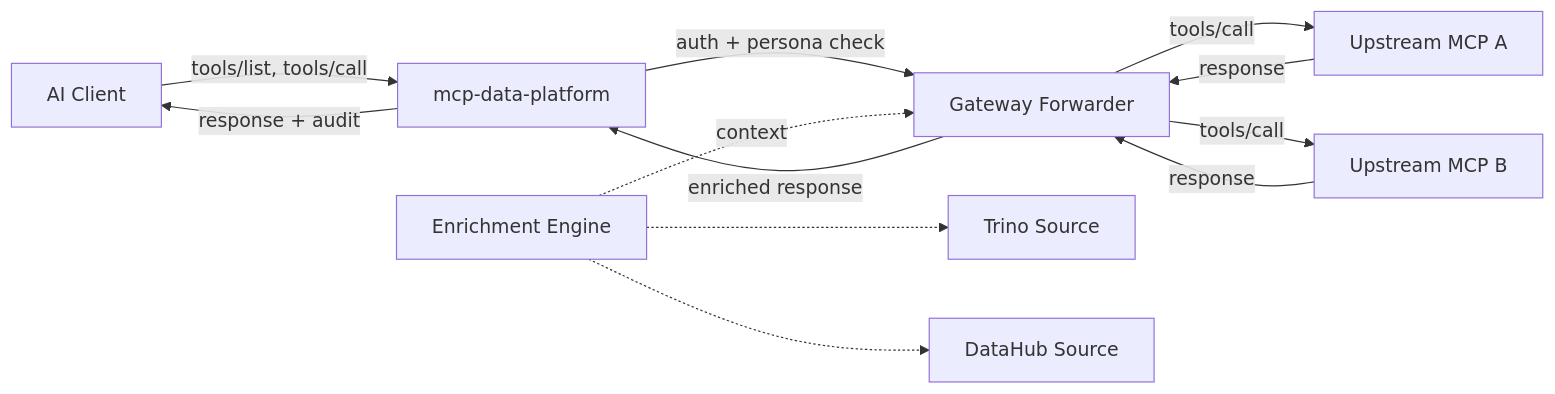
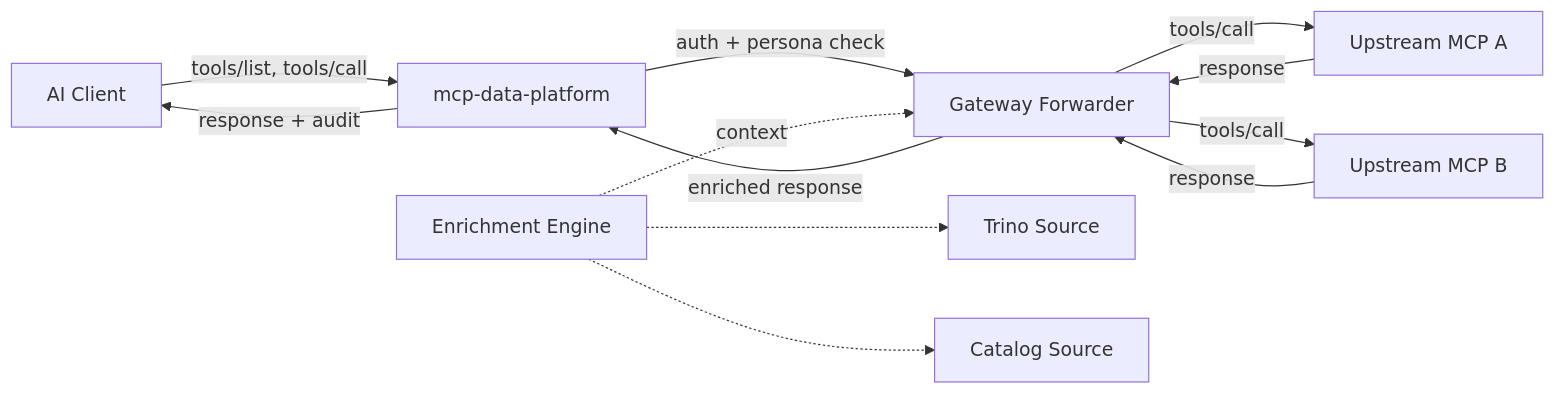
One commit to txn2/mcp-data-platform changed the diagram in docs/server/gateway.md. Above: the diagram before and after it, drawn with Mermaid. The commit also changed other lines of this file and 746 other files, not shown here.

First line of the commit message:
feat(catalog): portal catalog, search/fetch reads, DataHub removed (#1916) (#2123)

````diff
--- a/docs/server/gateway.md
+++ b/docs/server/gateway.md
@@ -10,15 +10,15 @@
 ```mermaid
 graph LR
     Client[AI Client] -->|tools/list, tools/call| Platform[mcp-data-platform]
     Platform -->|auth + persona check| Forwarder[Gateway Forwarder]
     Forwarder -->|tools/call| Upstream1[Upstream MCP A]
     Forwarder -->|tools/call| Upstream2[Upstream MCP B]
     Upstream1 -->|response| Forwarder
     Upstream2 -->|response| Forwarder
     Forwarder -->|enriched response| Platform
     Platform -->|response + audit| Client
 
     EnrichmentEngine[Enrichment Engine] -.->|context| Forwarder
     EnrichmentEngine -.-> TrinoSrc[Trino Source]
-    EnrichmentEngine -.-> DataHubSrc[DataHub Source]
+    EnrichmentEngine -.-> CatalogSrc[Catalog Source]
 ```
````
